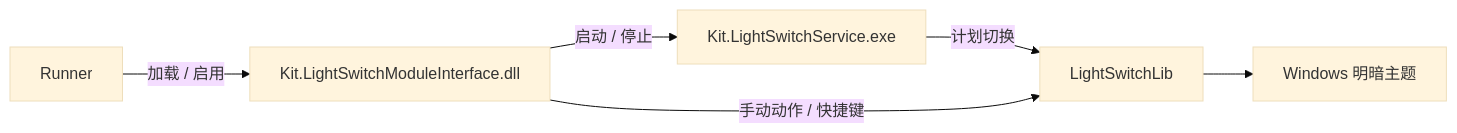
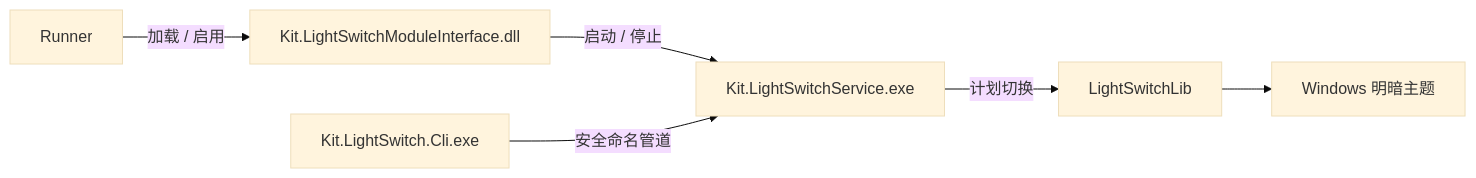
One commit to guijianchou/Kit changed the third of 7 diagrams in README_zh.md. Above: the diagram before and after it, drawn with Mermaid (base theme). The commit also changed other lines of this file and 65 other files, not shown here.

First line of the commit message:
feat(core): sync upstream PowerToys v0.102.2933.0, upgrade Awake/LightSwitch CLI, bump version to 3.0.0

````diff
--- a/README_zh.md
+++ b/README_zh.md
@@ -113,8 +114,8 @@
 ```mermaid
 flowchart LR
     R["Runner"] -->|"加载 / 启用"| MI["Kit.LightSwitchModuleInterface.dll"]
     MI -->|"启动 / 停止"| S["Kit.LightSwitchService.exe"]
     S -->|"计划切换"| LIB["LightSwitchLib"]
-    MI -->|"手动动作 / 快捷键"| LIB
+    CLI["Kit.LightSwitch.Cli.exe"] -->|"安全命名管道"| S
     LIB --> OS["Windows 明暗主题"]
 ```
````
